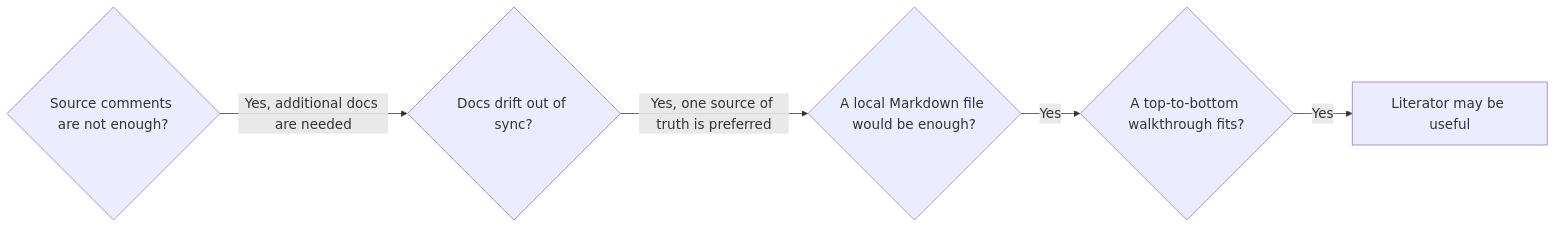
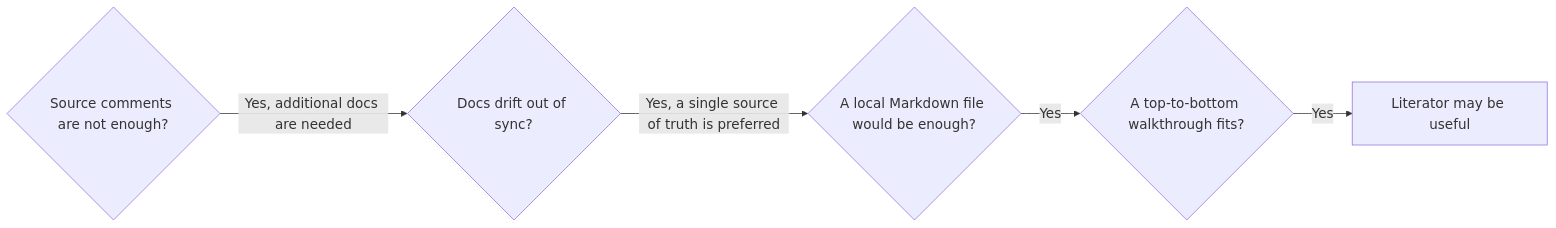
The diagram in README.md (crocodile/literator), drawn with Mermaid before and after one commit.

Commit message:
README wording update

````diff
--- a/README.md
+++ b/README.md
@@ -13,14 +13,14 @@
 ```mermaid
 %%{init: {"themeVariables": {"fontSize": "18px"}}}%%
 flowchart LR
   A{"Source comments are not enough?"}
   B{"Docs drift out of sync?"}
   C{"A local Markdown file would be enough?"}
   D{"A top-to-bottom walkthrough fits?"}
   E["Literator may be useful"]
 
   A -- "Yes, additional docs are needed" --> B
-  B -- "Yes, one source of truth is preferred" --> C
+  B -- "Yes, a single source of truth is preferred" --> C
   C -- "Yes" --> D
   D -- "Yes" --> E
 ```
````
